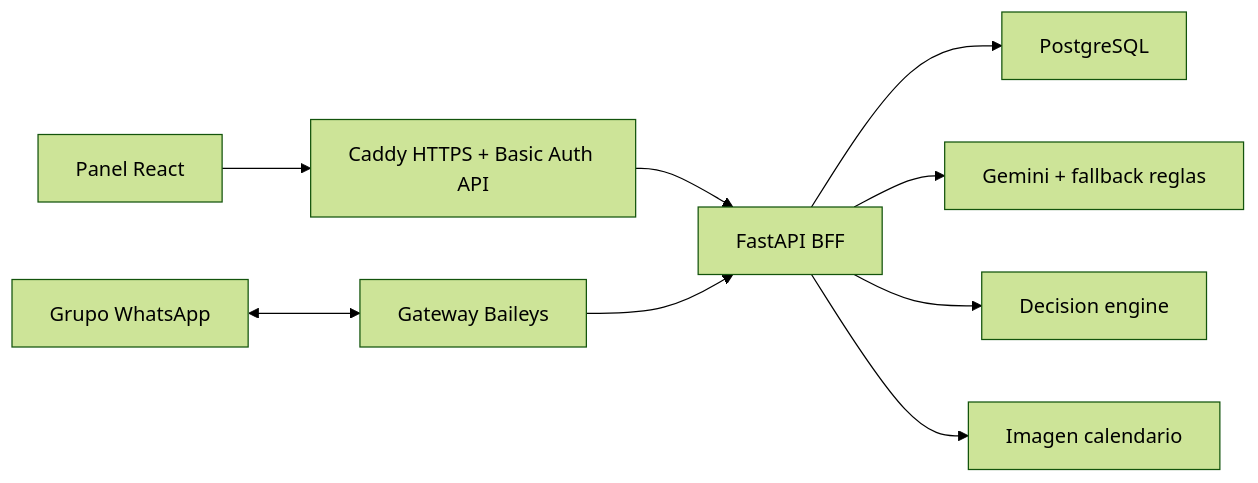
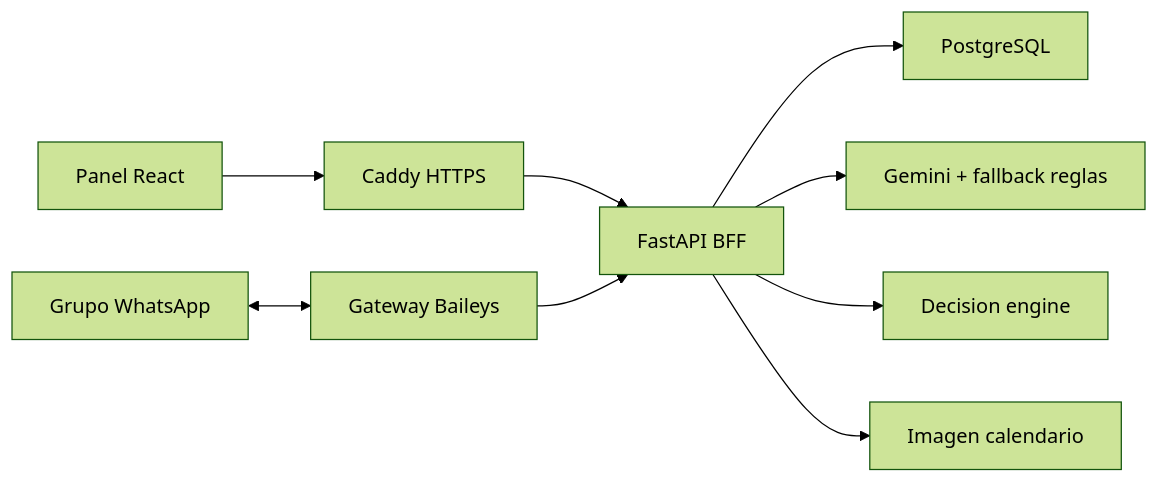
The diagram in coordinador-simple-mvp/docs/ARQUITECTURA_SIMPLE.md (MatiasHernandezC/CoordAgent), drawn with Mermaid (forest theme) before and after one commit. The commit also changed other lines of this file and 33 other files, not shown here.

````diff
--- a/coordinador-simple-mvp/docs/ARQUITECTURA_SIMPLE.md
+++ b/coordinador-simple-mvp/docs/ARQUITECTURA_SIMPLE.md
@@ -6,12 +6,12 @@
 ```mermaid
 flowchart LR
-  Web["Panel React"] --> Caddy["Caddy HTTPS + Basic Auth API"]
+  Web["Panel React"] --> Caddy["Caddy HTTPS"]
   Caddy --> API["FastAPI BFF"]
   API --> DB["PostgreSQL"]
   API --> LLM["Gemini + fallback reglas"]
   API --> Engine["Decision engine"]
   API --> Image["Imagen calendario"]
 
   WA["Grupo WhatsApp"] <--> Gateway["Gateway Baileys"]
   Gateway --> API
 ```
````
